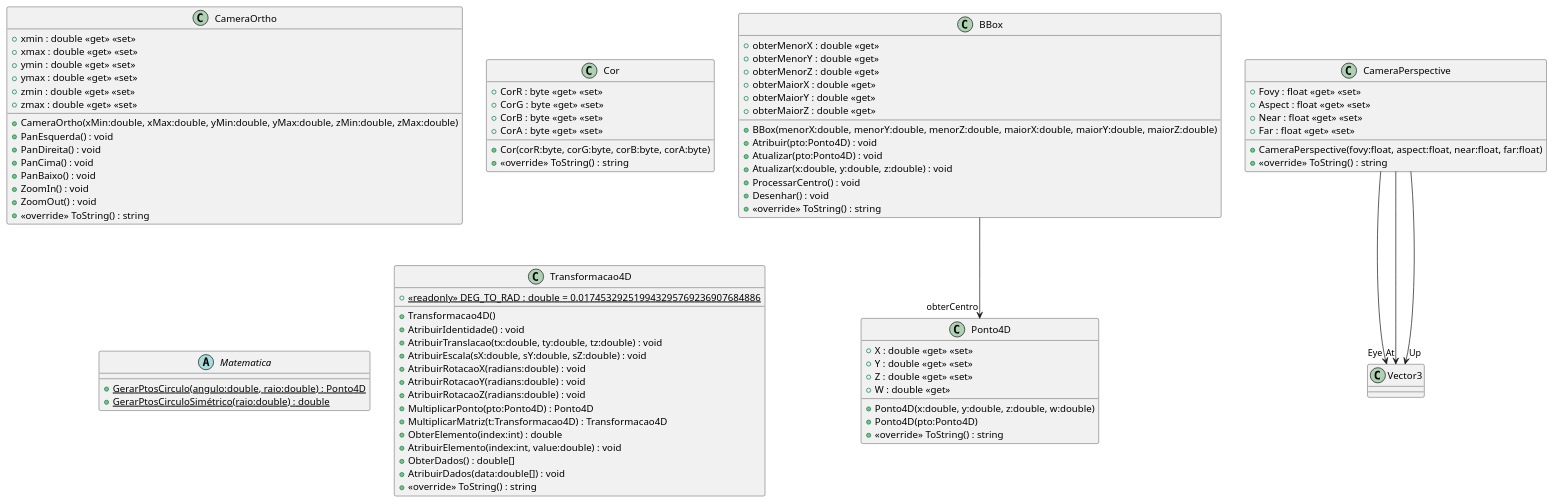
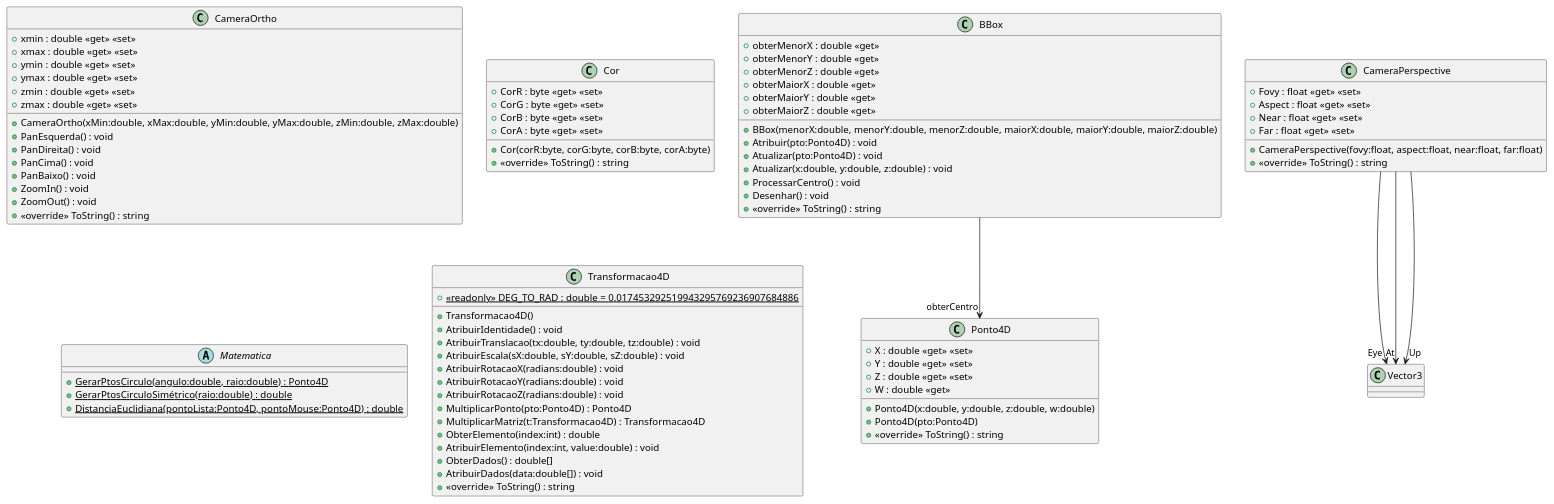
One commit to GCG-FURB/disciplinaCg_2022-1_not_equipe-06 changed the diagram in CG_Biblioteca/plantuml/include.puml. Above: the diagram before and after it, drawn with PlantUML. The commit also changed 1 other file, not shown here.

Commit message:
PlantUML

```diff
--- a/CG_Biblioteca/plantuml/include.puml
+++ b/CG_Biblioteca/plantuml/include.puml
@@ -1,83 +1,84 @@
 @startuml
 class BBox {
     + BBox(menorX:double, menorY:double, menorZ:double, maiorX:double, maiorY:double, maiorZ:double)
     + Atribuir(pto:Ponto4D) : void
     + Atualizar(pto:Ponto4D) : void
     + Atualizar(x:double, y:double, z:double) : void
     + ProcessarCentro() : void
     + Desenhar() : void
     + obterMenorX : double <<get>>
     + obterMenorY : double <<get>>
     + obterMenorZ : double <<get>>
     + obterMaiorX : double <<get>>
     + obterMaiorY : double <<get>>
     + obterMaiorZ : double <<get>>
     + <<override>> ToString() : string
 }
 BBox --> "obterCentro" Ponto4D
 class CameraOrtho {
     + CameraOrtho(xMin:double, xMax:double, yMin:double, yMax:double, zMin:double, zMax:double)
     + xmin : double <<get>> <<set>>
     + xmax : double <<get>> <<set>>
     + ymin : double <<get>> <<set>>
     + ymax : double <<get>> <<set>>
     + zmin : double <<get>> <<set>>
     + zmax : double <<get>> <<set>>
     + PanEsquerda() : void
     + PanDireita() : void
     + PanCima() : void
     + PanBaixo() : void
     + ZoomIn() : void
     + ZoomOut() : void
     + <<override>> ToString() : string
 }
 class CameraPerspective {
     + CameraPerspective(fovy:float, aspect:float, near:float, far:float)
     + Fovy : float <<get>> <<set>>
     + Aspect : float <<get>> <<set>>
     + Near : float <<get>> <<set>>
     + Far : float <<get>> <<set>>
     + <<override>> ToString() : string
 }
 CameraPerspective --> "Eye" Vector3
 CameraPerspective --> "At" Vector3
 CameraPerspective --> "Up" Vector3
 class Cor {
     + Cor(corR:byte, corG:byte, corB:byte, corA:byte)
     + <<override>> ToString() : string
     + CorR : byte <<get>> <<set>>
     + CorG : byte <<get>> <<set>>
     + CorB : byte <<get>> <<set>>
     + CorA : byte <<get>> <<set>>
 }
 abstract class Matematica {
     + {static} GerarPtosCirculo(angulo:double, raio:double) : Ponto4D
     + {static} GerarPtosCirculoSimétrico(raio:double) : double
+    + {static} DistanciaEuclidiana(pontoLista:Ponto4D, pontoMouse:Ponto4D) : double
 }
 class Ponto4D {
     + Ponto4D(x:double, y:double, z:double, w:double)
     + Ponto4D(pto:Ponto4D)
     + X : double <<get>> <<set>>
     + Y : double <<get>> <<set>>
     + Z : double <<get>> <<set>>
     + W : double <<get>>
     + <<override>> ToString() : string
 }
 class Transformacao4D {
     {static} + <<readonly>> DEG_TO_RAD : double = 0.017453292519943295769236907684886
     + Transformacao4D()
     + AtribuirIdentidade() : void
     + AtribuirTranslacao(tx:double, ty:double, tz:double) : void
     + AtribuirEscala(sX:double, sY:double, sZ:double) : void
     + AtribuirRotacaoX(radians:double) : void
     + AtribuirRotacaoY(radians:double) : void
     + AtribuirRotacaoZ(radians:double) : void
     + MultiplicarPonto(pto:Ponto4D) : Ponto4D
     + MultiplicarMatriz(t:Transformacao4D) : Transformacao4D
     + ObterElemento(index:int) : double
     + AtribuirElemento(index:int, value:double) : void
     + ObterDados() : double[]
     + AtribuirDados(data:double[]) : void
     + <<override>> ToString() : string
 }
 @enduml
```
